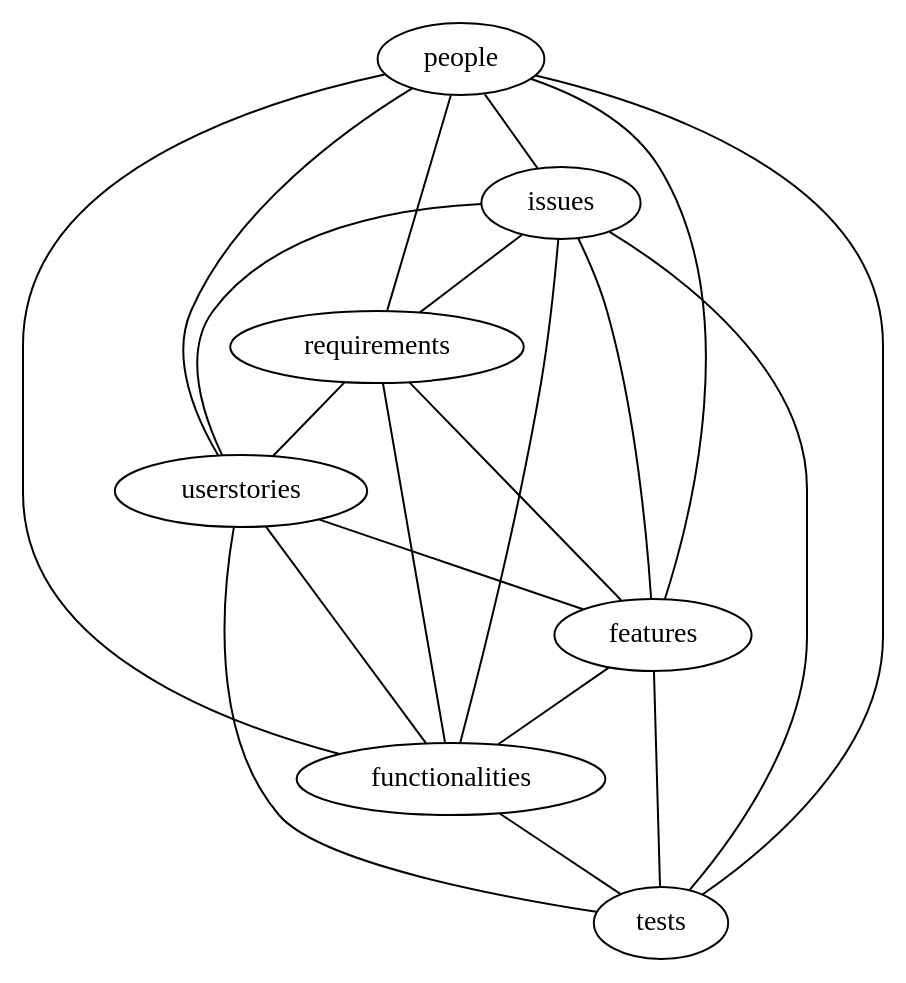
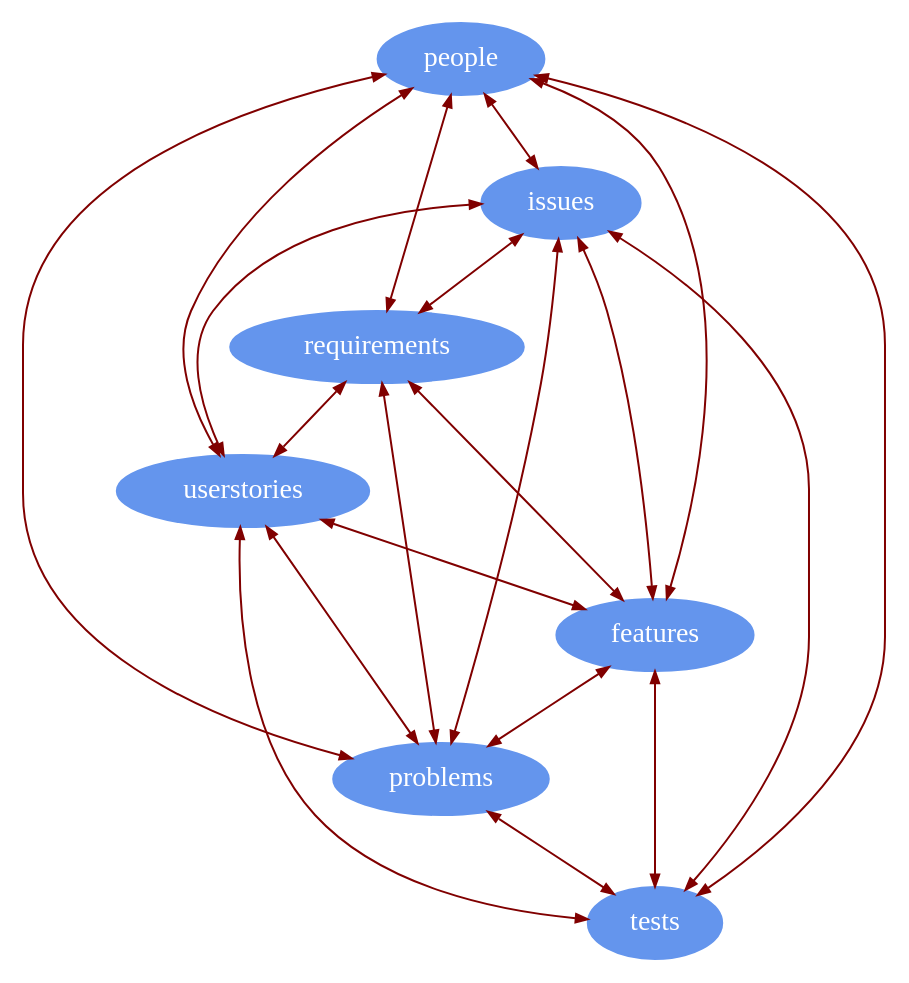
Before and after one commit to YordanGeorgiev/qto: the diagram in doc/dot/readme/what-is-issue-tracker.dot, drawn with Graphviz. The commit also changed 1 other file, not shown here.

Commit message:
it-180422 add graphviz dia colors in readme.md

```diff
--- a/doc/dot/readme/what-is-issue-tracker.dot
+++ b/doc/dot/readme/what-is-issue-tracker.dot
@@ -1,22 +1,26 @@
 graph {
-    requirements -- features; 
-    requirements -- functionalities;
-    requirements -- userstories ;  
+
+node[style=filled,color=cornflowerblue,fontcolor=white, fontsize=14];
+edge[color=maroon,dir="both",arrowsize=.6];
+
+    requirements -- features;
+    requirements -- problems;
+    requirements -- userstories ;
     userstories -- features;
-    userstories -- functionalities;
-    features -- functionalities;
-    functionalities -- tests; // functionalities are proved by tests
+    userstories -- problems;
+    features -- problems;
+    problems -- tests; // problems are proved by tests
     userstories -- tests; // userstories are proved by tests
-    features -- tests ; // features are proved by tests 
-    people -- issues; // people work on issues 
+    features -- tests ; // features are proved by tests
+    people -- issues; // people work on issues
     people -- features; // people work on features
     people -- tests ; // people work on tests
-    people -- functionalities ; // people produce functionalities
+    people -- problems ; // people produce problems
     people -- requirements; // people produce requirements
     people -- userstories ;     // people produce userstories
     issues -- userstories; //issues are produced from userstories
     issues -- tests ; //issues are verified by tests
     issues -- requirements; // issues answer requirements
-    issues -- functionalities ; // issues produce functionalities
+    issues -- problems ; // issues produce problems
     issues -- features; // issues produces features
 }
```
